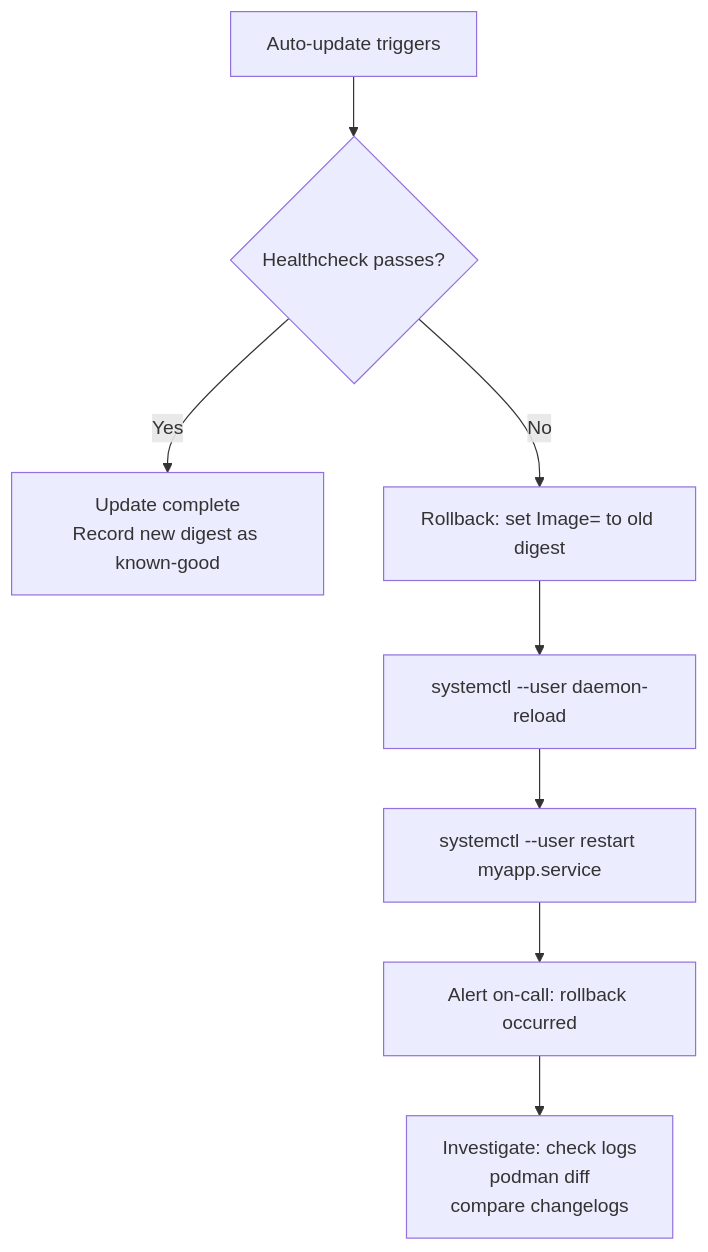
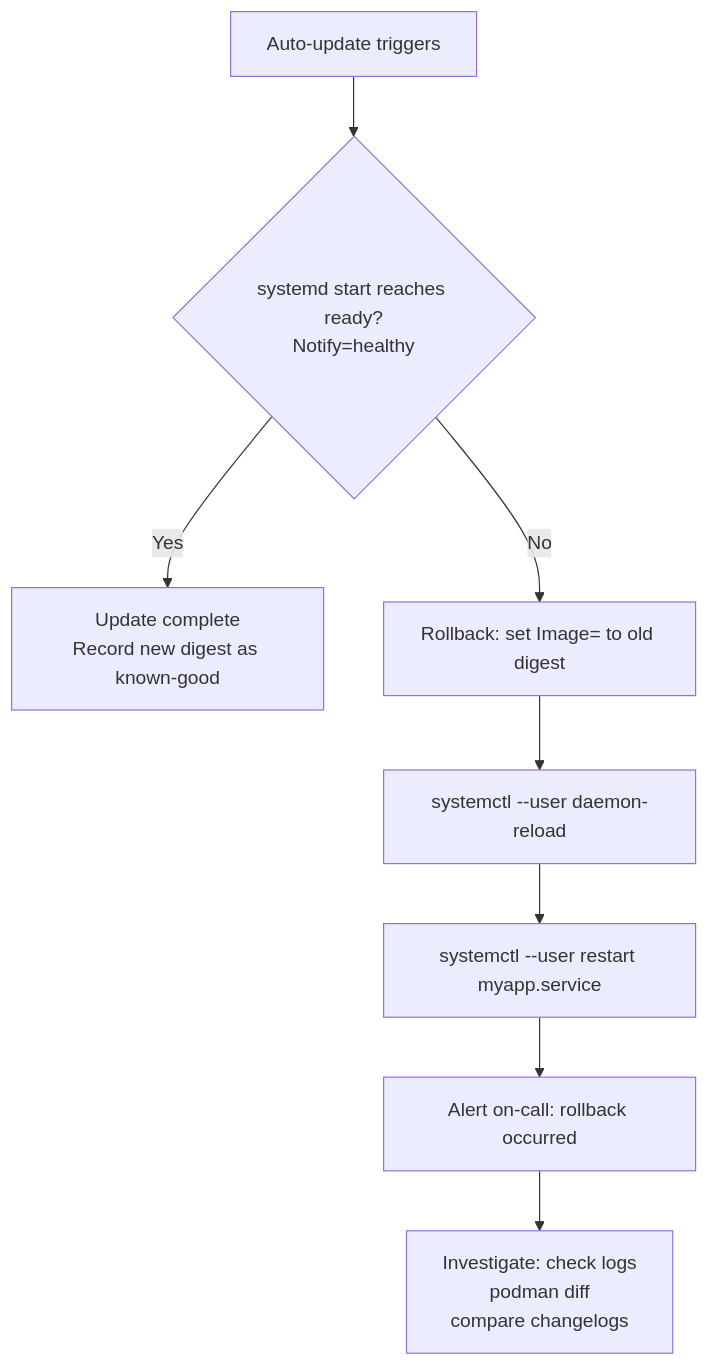
The fourth of 4 diagrams in modules/14-autoupdate.md (UncleJS/course_podman), drawn with Mermaid before and after one commit. The commit also changed other lines of this file and 58 other files, not shown here.

````diff
--- a/modules/14-autoupdate.md
+++ b/modules/14-autoupdate.md
@@ -332,10 +298,10 @@
 ```mermaid
 flowchart TD
-    A["Auto-update triggers"] --> B{"Healthcheck passes?"}
+    A["Auto-update triggers"] --> B{"systemd start reaches ready?<br/>Notify=healthy"}
     B -->|"Yes"| C["Update complete<br/>Record new digest as known-good"]
     B -->|"No"| D["Rollback: set Image= to old digest"]
     D --> E["systemctl --user daemon-reload"]
     E --> F["systemctl --user restart myapp.service"]
     F --> G["Alert on-call: rollback occurred"]
     G --> H["Investigate: check logs<br/>podman diff<br/>compare changelogs"]
 ```
````
